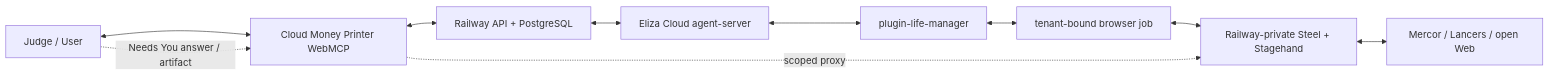
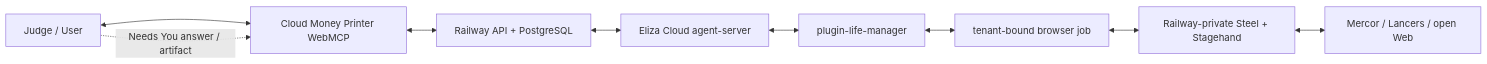
The first of 2 diagrams in docs/superpowers/specs/2026-08-28-webmcp-challenge-winning-contract.md (Daisuke134/anicca), drawn with Mermaid before and after one commit. The commit also changed other lines of this file, not shown here.

````diff
--- a/docs/superpowers/specs/2026-08-28-webmcp-challenge-winning-contract.md
+++ b/docs/superpowers/specs/2026-08-28-webmcp-challenge-winning-contract.md
@@ -488,12 +488,11 @@
 ```mermaid
 flowchart LR
   U[Judge / User] <--> MP[Cloud Money Printer WebMCP]
   MP <--> API[Railway API + PostgreSQL]
   API <--> ELZ[Eliza Cloud agent-server]
   ELZ <--> LM[plugin-life-manager]
   LM <--> BJ[tenant-bound browser job]
   BJ <--> ST[Railway-private Steel + Stagehand]
   ST <--> MER[Mercor / Lancers / open Web]
   U -. Needs You answer / artifact .-> MP
-  MP -. scoped proxy .-> ST
 ```
````
